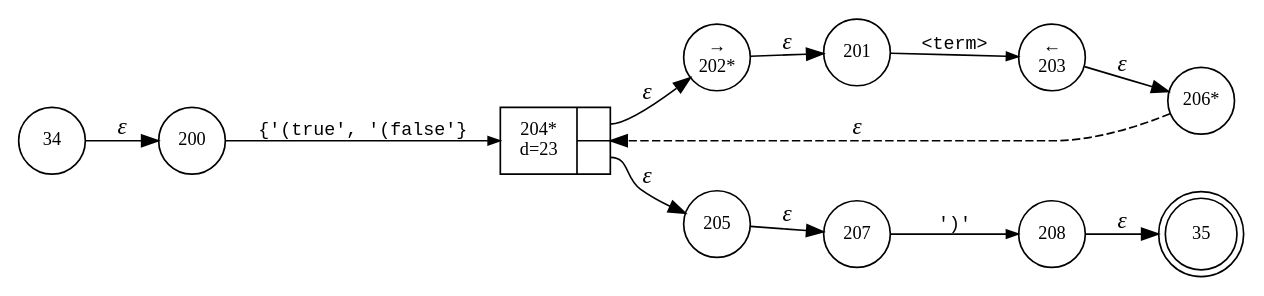
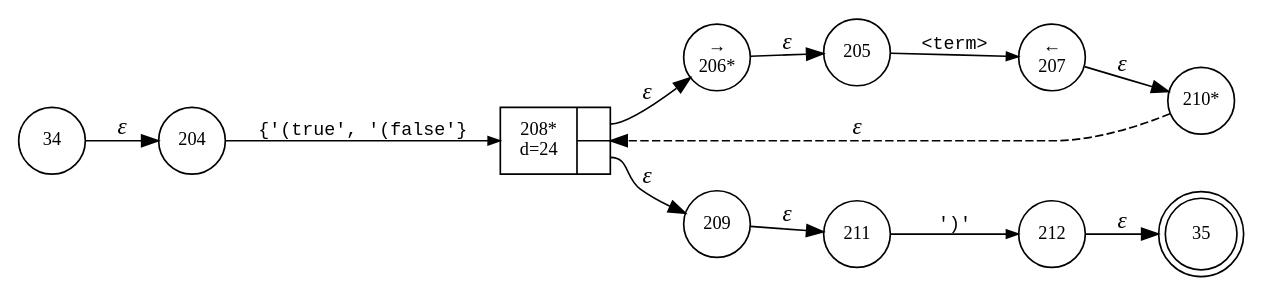
One commit to vulogov/Bund2 changed the diagram in internal/parser/Bund.logicblock_term.dot. Above: the diagram before and after it, drawn with Graphviz. The commit also changed 38 other files, not shown here.

```diff
--- a/internal/parser/Bund.logicblock_term.dot
+++ b/internal/parser/Bund.logicblock_term.dot
@@ -1,25 +1,25 @@
 digraph ATN {
 rankdir=LR;
 s35[fontsize=11, label="35", shape=doublecircle, fixedsize=true, width=.6];
-s208[fontsize=11,label="208", shape=circle, fixedsize=true, width=.55, peripheries=1];
+s208[fontsize=11,label="{208*\nd=24|{<p0>|<p1>}}", shape=record, fixedsize=false, peripheries=1];
+s209[fontsize=11,label="209", shape=circle, fixedsize=true, width=.55, peripheries=1];
 s34[fontsize=11,label="34", shape=circle, fixedsize=true, width=.55, peripheries=1];
-s200[fontsize=11,label="200", shape=circle, fixedsize=true, width=.55, peripheries=1];
-s201[fontsize=11,label="201", shape=circle, fixedsize=true, width=.55, peripheries=1];
-s202[fontsize=11,label="&rarr;\n202*", shape=circle, fixedsize=true, width=.55, peripheries=1];
-s203[fontsize=11,label="&larr;\n203", shape=circle, fixedsize=true, width=.55, peripheries=1];
-s204[fontsize=11,label="{204*\nd=23|{<p0>|<p1>}}", shape=record, fixedsize=false, peripheries=1];
+s210[fontsize=11,label="210*", shape=circle, fixedsize=true, width=.55, peripheries=1];
+s211[fontsize=11,label="211", shape=circle, fixedsize=true, width=.55, peripheries=1];
+s212[fontsize=11,label="212", shape=circle, fixedsize=true, width=.55, peripheries=1];
+s204[fontsize=11,label="204", shape=circle, fixedsize=true, width=.55, peripheries=1];
 s205[fontsize=11,label="205", shape=circle, fixedsize=true, width=.55, peripheries=1];
-s206[fontsize=11,label="206*", shape=circle, fixedsize=true, width=.55, peripheries=1];
-s207[fontsize=11,label="207", shape=circle, fixedsize=true, width=.55, peripheries=1];
-s34 -> s200 [fontname="Times-Italic", label="&epsilon;"];
-s200 -> s204 [fontsize=11, fontname="Courier", arrowsize=.7, label = "{'(true', '(false'}", arrowhead = normal];
-s204:p0 -> s202 [fontname="Times-Italic", label="&epsilon;"];
-s204:p1 -> s205 [fontname="Times-Italic", label="&epsilon;"];
-s202 -> s201 [fontname="Times-Italic", label="&epsilon;"];
-s205 -> s207 [fontname="Times-Italic", label="&epsilon;"];
-s201 -> s203 [fontsize=11, fontname="Courier", arrowsize=.7, label = "<term>", arrowhead = normal];
-s207 -> s208 [fontsize=11, fontname="Courier", arrowsize=.7, label = "')'", arrowhead = normal];
-s203 -> s206 [fontname="Times-Italic", label="&epsilon;"];
-s208 -> s35 [fontname="Times-Italic", label="&epsilon;"];
-s206 -> s204 [fontname="Times-Italic", label="&epsilon;", style="dashed"];
+s206[fontsize=11,label="&rarr;\n206*", shape=circle, fixedsize=true, width=.55, peripheries=1];
+s207[fontsize=11,label="&larr;\n207", shape=circle, fixedsize=true, width=.55, peripheries=1];
+s34 -> s204 [fontname="Times-Italic", label="&epsilon;"];
+s204 -> s208 [fontsize=11, fontname="Courier", arrowsize=.7, label = "{'(true', '(false'}", arrowhead = normal];
+s208:p0 -> s206 [fontname="Times-Italic", label="&epsilon;"];
+s208:p1 -> s209 [fontname="Times-Italic", label="&epsilon;"];
+s206 -> s205 [fontname="Times-Italic", label="&epsilon;"];
+s209 -> s211 [fontname="Times-Italic", label="&epsilon;"];
+s205 -> s207 [fontsize=11, fontname="Courier", arrowsize=.7, label = "<term>", arrowhead = normal];
+s211 -> s212 [fontsize=11, fontname="Courier", arrowsize=.7, label = "')'", arrowhead = normal];
+s207 -> s210 [fontname="Times-Italic", label="&epsilon;"];
+s212 -> s35 [fontname="Times-Italic", label="&epsilon;"];
+s210 -> s208 [fontname="Times-Italic", label="&epsilon;", style="dashed"];
 }
```
